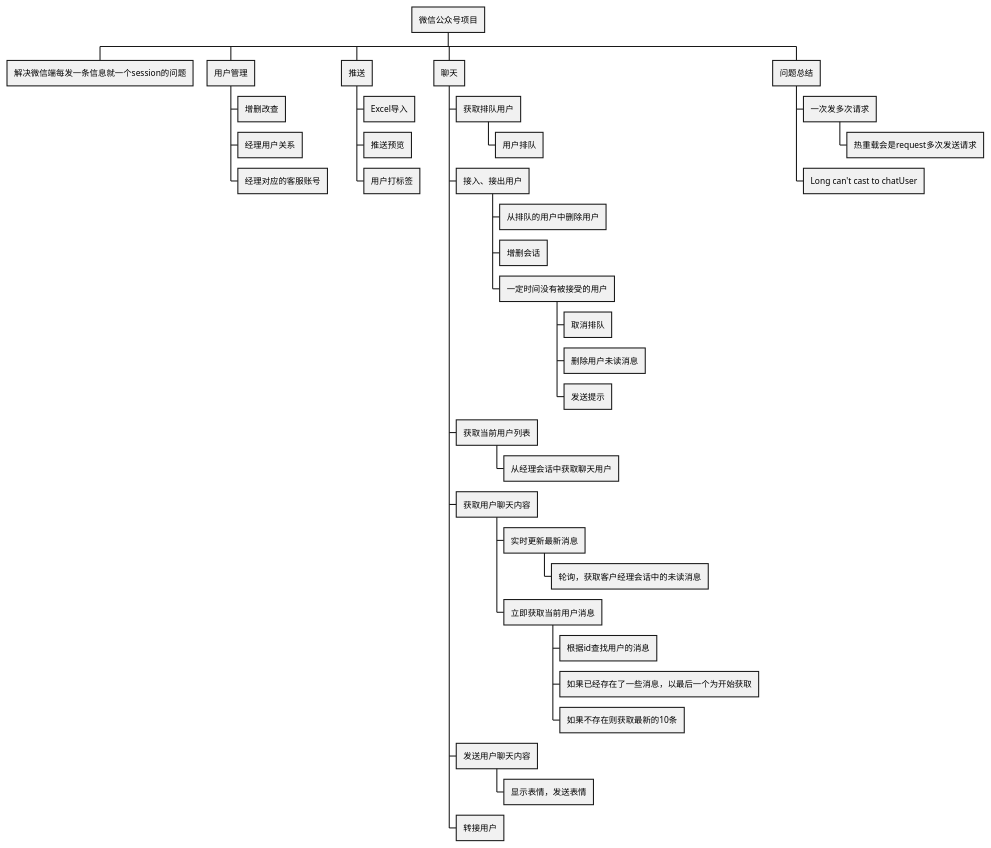
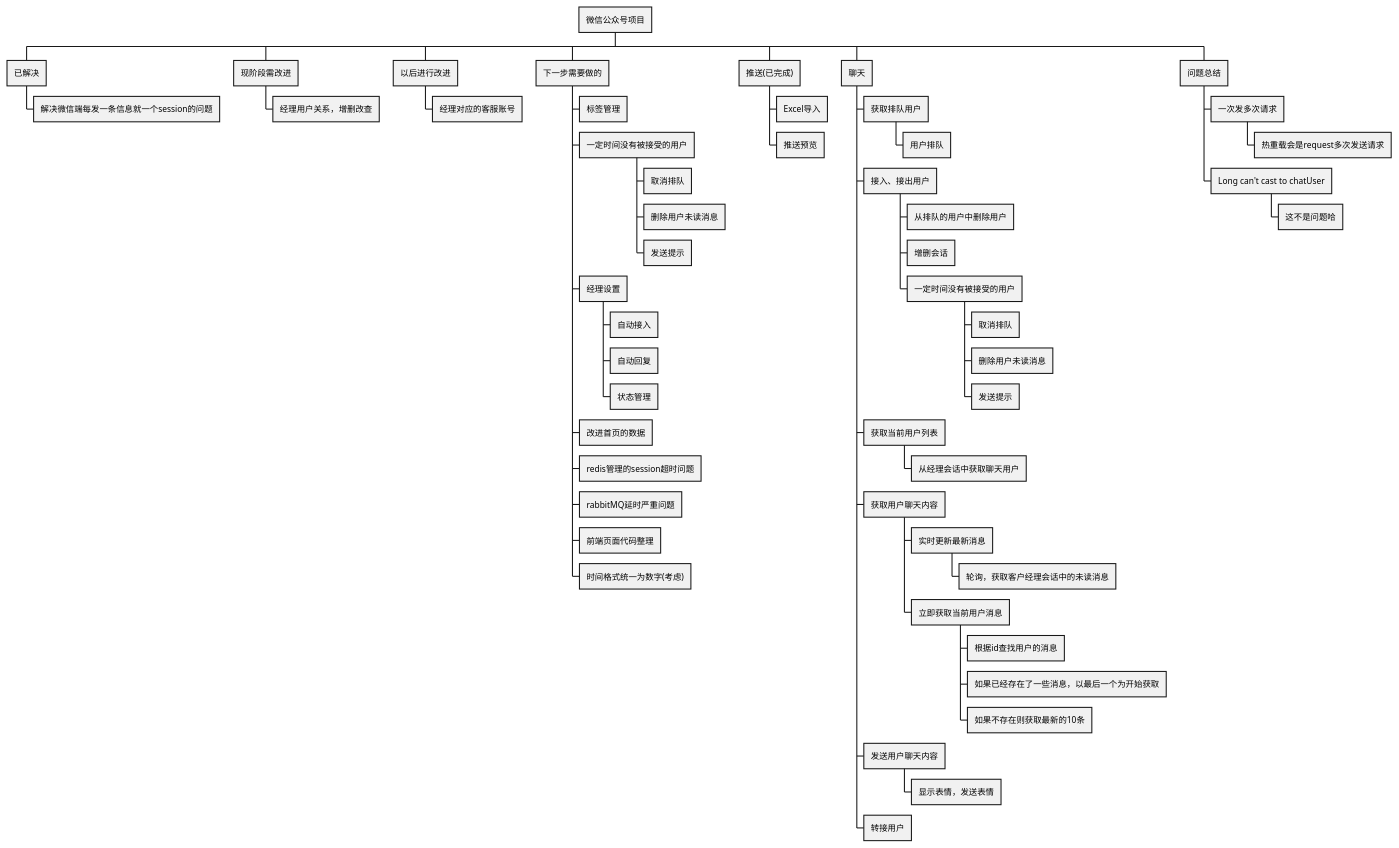
One commit to xiaxuchen/union changed the diagram in Union.puml. Above: the diagram before and after it, drawn with PlantUML. The commit also changed 11 other files, not shown here.

```diff
--- a/Union.puml
+++ b/Union.puml
@@ -1,38 +1,56 @@
 @startwbs
 * 微信公众号项目
-** 解决微信端每发一条信息就一个session的问题
-** 用户管理
-*** 增删改查
-*** 经理用户关系
+** 已解决
+*** 解决微信端每发一条信息就一个session的问题
+** 现阶段需改进
+*** 经理用户关系，增删改查
+
+** 以后进行改进
 *** 经理对应的客服账号
-** 推送
+** 下一步需要做的
+*** 标签管理
+*** 一定时间没有被接受的用户
+**** 取消排队
+**** 删除用户未读消息
+**** 发送提示
+*** 经理设置
+**** 自动接入
+**** 自动回复
+**** 状态管理
+*** 改进首页的数据
+*** redis管理的session超时问题
+*** rabbitMQ延时严重问题
+*** 前端页面代码整理
+*** 时间格式统一为数字(考虑)
+
+** 推送(已完成)
 *** Excel导入
 *** 推送预览
-*** 用户打标签
 ** 聊天
 *** 获取排队用户
 **** 用户排队
 *** 接入、接出用户
 **** 从排队的用户中删除用户
 **** 增删会话
 **** 一定时间没有被接受的用户
 ***** 取消排队
 ***** 删除用户未读消息
 ***** 发送提示
 *** 获取当前用户列表
 **** 从经理会话中获取聊天用户
 *** 获取用户聊天内容
 **** 实时更新最新消息
 ***** 轮询，获取客户经理会话中的未读消息
 **** 立即获取当前用户消息
 ***** 根据id查找用户的消息
 ***** 如果已经存在了一些消息，以最后一个为开始获取
 ***** 如果不存在则获取最新的10条
 *** 发送用户聊天内容
 **** 显示表情，发送表情
 *** 转接用户
 ** 问题总结
 *** 一次发多次请求
 **** 热重载会是request多次发送请求
 *** Long can't cast to chatUser
+**** 这不是问题哈
 @endwbs
```
